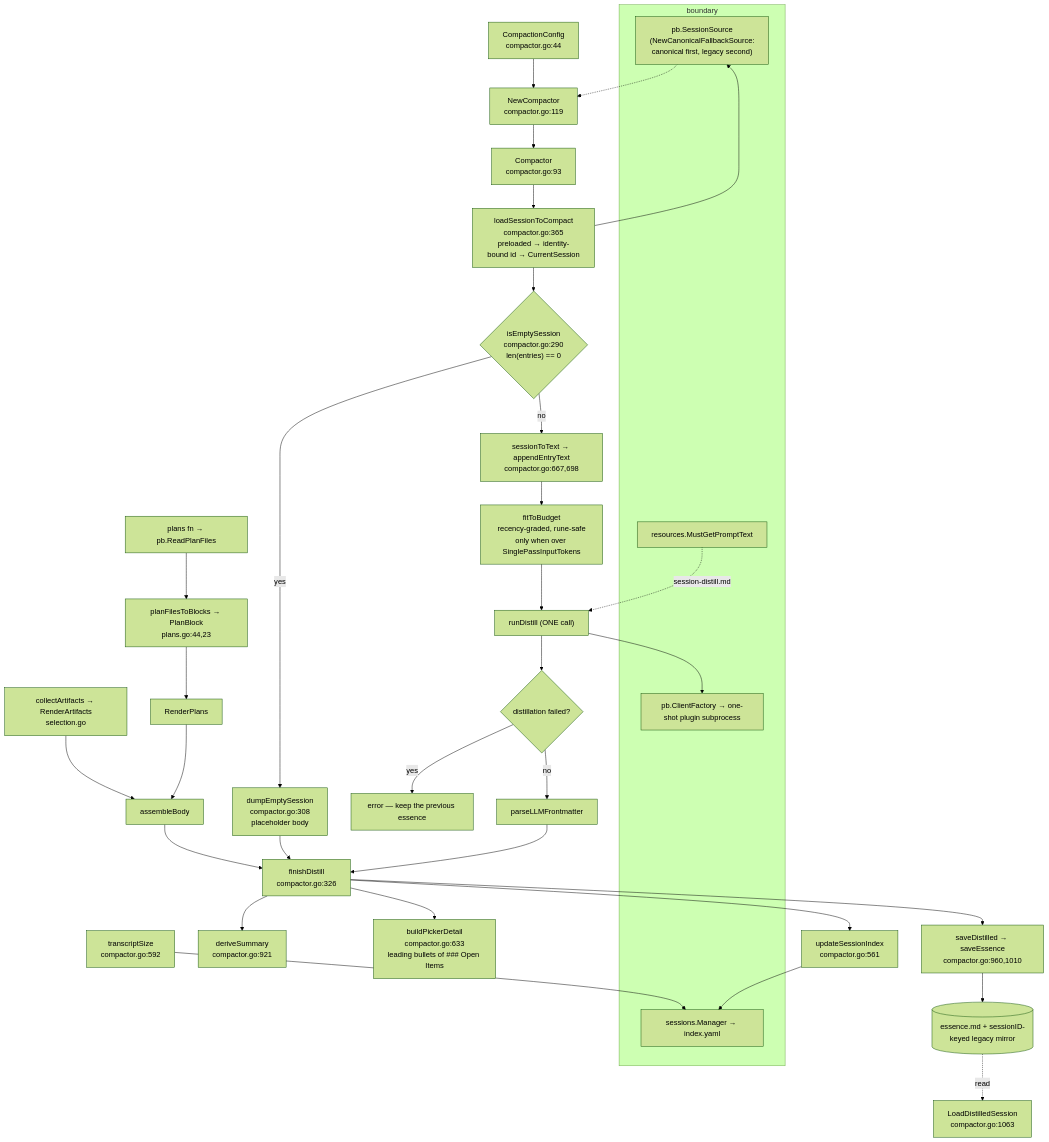
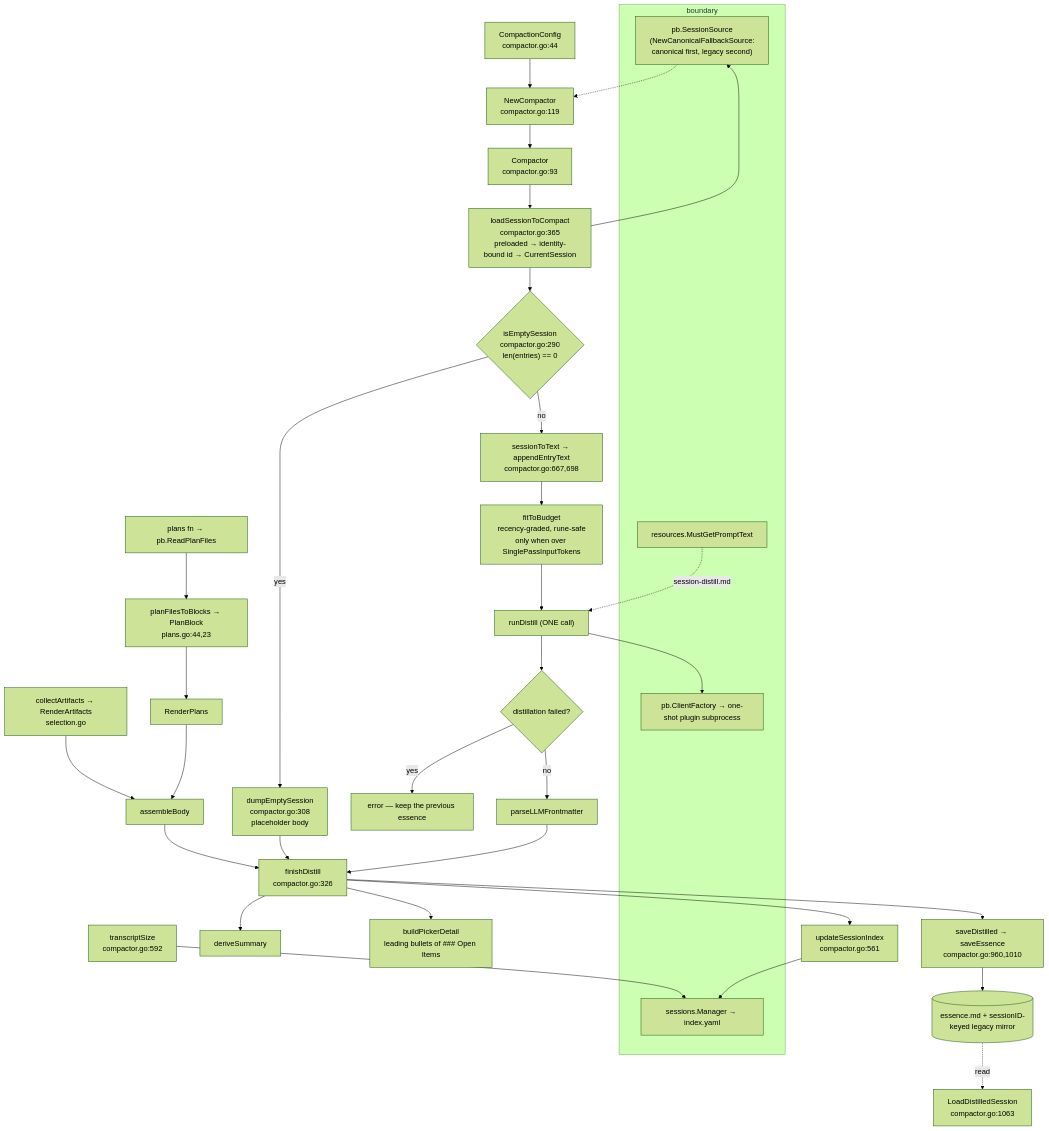
Before and after one commit to ctxloom/ctxloom: the diagram in docs/architecture/companions/memory.md, drawn with Mermaid (forest theme). The commit also changed other lines of this file and 23 other files, not shown here.

````diff
--- a/docs/architecture/companions/memory.md
+++ b/docs/architecture/companions/memory.md
@@ -29,43 +28,43 @@
 ```mermaid
 flowchart TD
   subgraph ext["boundary"]
     SRC["pb.SessionSource<br/>(NewCanonicalFallbackSource:<br/>canonical first, legacy second)"]
     LLM["pb.ClientFactory → one-shot plugin subprocess"]
     IDX["sessions.Manager → index.yaml"]
     RES["resources.MustGetPromptText"]
   end
 
   CFG["CompactionConfig<br/>compactor.go:44"] --> NC["NewCompactor<br/>compactor.go:119"]
   SRC -.-> NC
   NC --> C["Compactor<br/>compactor.go:93"]
 
   C --> LS["loadSessionToCompact<br/>compactor.go:365<br/>preloaded → identity-bound id → CurrentSession"]
   LS --> SRC
   LS --> ES{"isEmptySession<br/>compactor.go:290<br/>len(entries) == 0"}
 
   ES -->|yes| DUMP["dumpEmptySession<br/>compactor.go:308<br/>placeholder body"]
   ES -->|no| S2T["sessionToText → appendEntryText<br/>compactor.go:667,698"]
   S2T --> FB["fitToBudget<br/>recency-graded, rune-safe<br/>only when over SinglePassInputTokens"]
   FB --> RD["runDistill (ONE call)"]
   RD --> LLM
   RES -.->|"session-distill.md"| RD
   RD --> ABORT{"distillation failed?"}
   ABORT -->|yes| ERR["error — keep the previous essence"]
   ABORT -->|no| PFM["parseLLMFrontmatter"]
 
   PLANS["plans fn → pb.ReadPlanFiles"] --> PB["planFilesToBlocks → PlanBlock<br/>plans.go:44,23"]
   PB --> RP["RenderPlans"] --> AB["assembleBody"]
   ART["collectArtifacts → RenderArtifacts<br/>selection.go"] --> AB
 
   PFM --> FIN["finishDistill<br/>compactor.go:326"]
   DUMP --> FIN
   AB --> FIN
-  FIN --> DS["deriveSummary<br/>compactor.go:921"]
-  FIN --> BPD["buildPickerDetail<br/>compactor.go:633<br/>leading bullets of ### Open Items"]
+  FIN --> DS["deriveSummary"]
+  FIN --> BPD["buildPickerDetail<br/>leading bullets of ### Open Items"]
   FIN --> SD["saveDistilled → saveEssence<br/>compactor.go:960,1010"]
   FIN --> USI["updateSessionIndex<br/>compactor.go:561"] --> IDX
   TS["transcriptSize<br/>compactor.go:592"] --> IDX
 
   SD --> OUT[("essence.md + sessionID-keyed legacy mirror")]
   OUT -.read.-> LOAD["LoadDistilledSession<br/>compactor.go:1063"]
 ```
````
